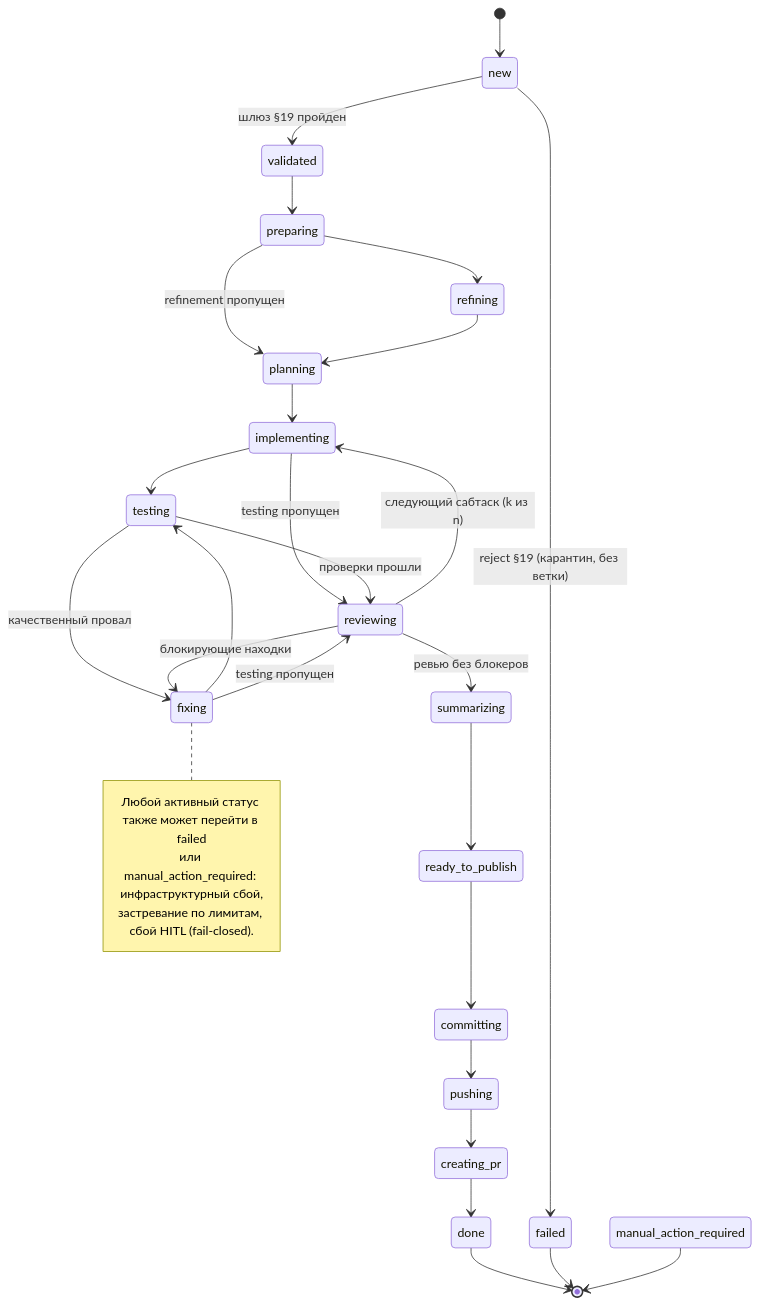
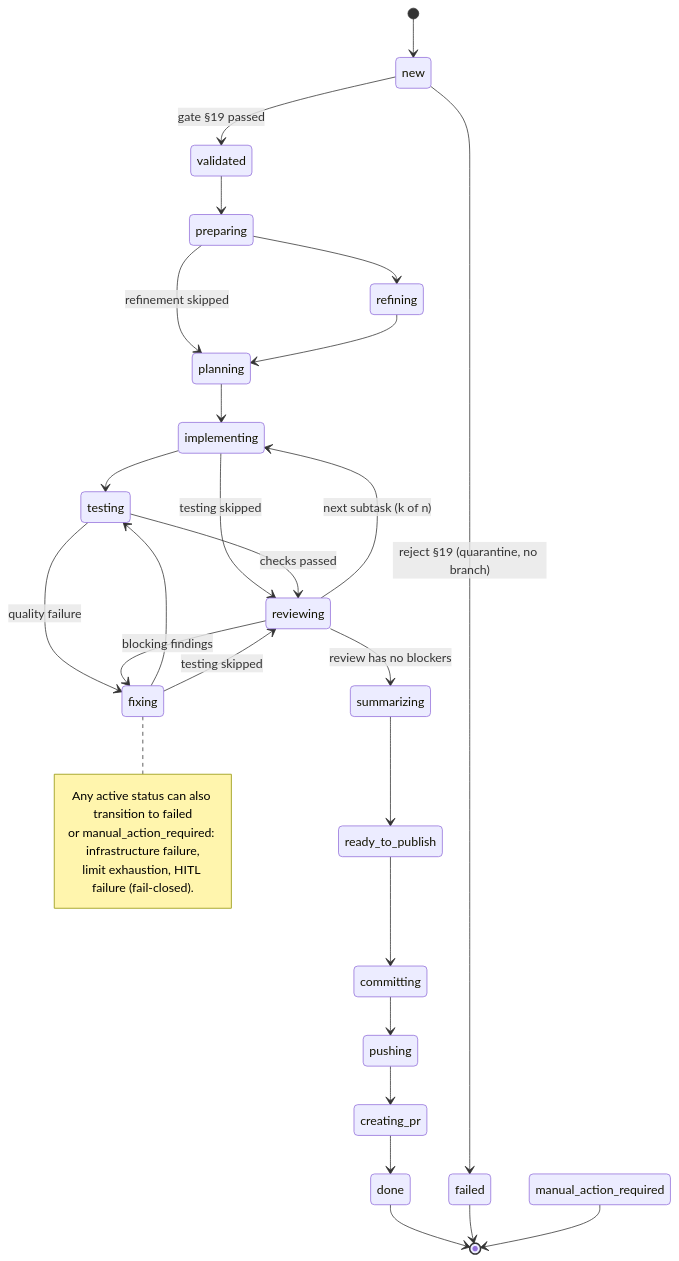
One commit to VladimirMakarevich/wastech-orchestrator changed the second of 3 diagrams in docs/functional/index.md. Above: the diagram before and after it, drawn with Mermaid. The commit also changed other lines of this file and 41 other files, not shown here.

Commit message:
docs: translate system flows documentation from Russian to English, ensuring clarity and consistency in terminology. Update sequence diagrams and flowcharts to reflect the changes in language. Maintain the structure and references to blocks for ease of navigation.

````diff
--- a/docs/functional/index.md
+++ b/docs/functional/index.md
@@ -88,39 +88,39 @@
 ```mermaid
 stateDiagram-v2
     direction TB
     [*] --> new
 
-    new --> validated: шлюз §19 пройден
-    new --> failed: reject §19 (карантин, без ветки)
+    new --> validated: gate §19 passed
+    new --> failed: reject §19 (quarantine, no branch)
     validated --> preparing
     preparing --> refining
-    preparing --> planning: refinement пропущен
+    preparing --> planning: refinement skipped
     refining --> planning
     planning --> implementing
 
     implementing --> testing
-    implementing --> reviewing: testing пропущен
-    testing --> reviewing: проверки прошли
-    testing --> fixing: качественный провал
-    reviewing --> summarizing: ревью без блокеров
-    reviewing --> fixing: блокирующие находки
-    reviewing --> implementing: следующий сабтаск (k из n)
+    implementing --> reviewing: testing skipped
+    testing --> reviewing: checks passed
+    testing --> fixing: quality failure
+    reviewing --> summarizing: review has no blockers
+    reviewing --> fixing: blocking findings
+    reviewing --> implementing: next subtask (k of n)
     fixing --> testing
-    fixing --> reviewing: testing пропущен
+    fixing --> reviewing: testing skipped
 
     summarizing --> ready_to_publish
     ready_to_publish --> committing
     committing --> pushing
     pushing --> creating_pr
     creating_pr --> done
 
     done --> [*]
     failed --> [*]
     manual_action_required --> [*]
 
     note right of fixing
-      Любой активный статус также может перейти в failed
-      или manual_action_required: инфраструктурный сбой,
-      застревание по лимитам, сбой HITL (fail-closed).
+      Any active status can also transition to failed
+      or manual_action_required: infrastructure failure,
+      limit exhaustion, HITL failure (fail-closed).
     end note
 ```
````
